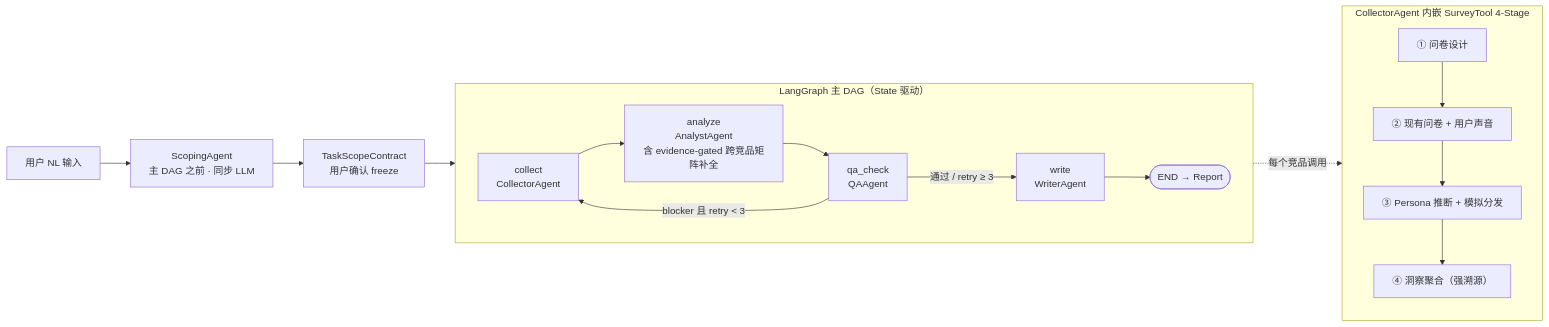
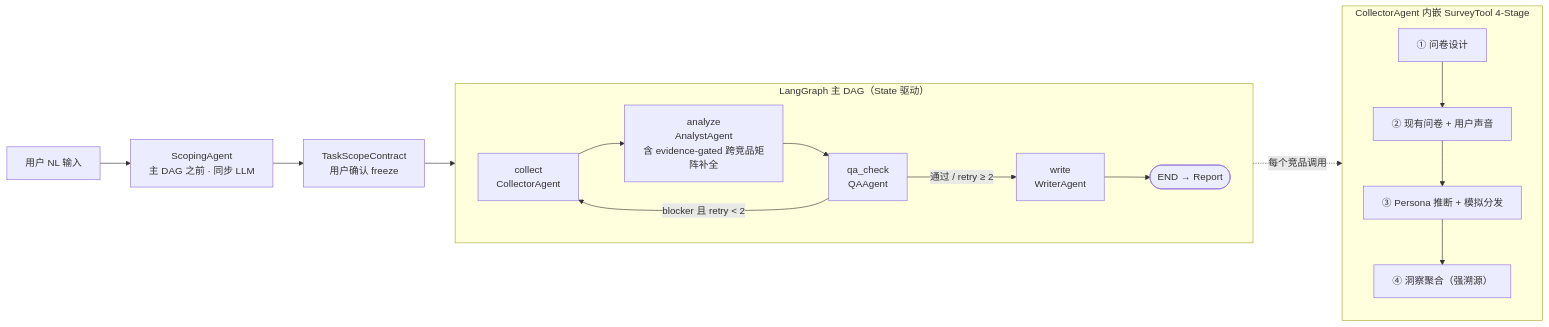
Before and after one commit to XuZiHan-010/competitor_analysis: the second of 2 diagrams in docs/architecture.md, drawn with Mermaid. The commit also changed other lines of this file and 4 other files, not shown here.

First line of the commit message:
docs: sync AGENTS, architecture, PRD and add USER_PREFERENCES

````diff
--- a/docs/architecture.md
+++ b/docs/architecture.md
@@ -81,24 +81,24 @@
 ```mermaid
 flowchart LR
     NL["用户 NL 输入"] --> SCOPE["ScopingAgent<br/>主 DAG 之前 · 同步 LLM"]
     SCOPE --> FREEZE["TaskScopeContract<br/>用户确认 freeze"]
     FREEZE --> COL
 
     subgraph DAG["LangGraph 主 DAG（State 驱动）"]
         direction LR
         COL["collect<br/>CollectorAgent"] --> ANA["analyze<br/>AnalystAgent<br/>含 evidence-gated 跨竞品矩阵补全"]
         ANA --> QA["qa_check<br/>QAAgent"]
-        QA -->|"blocker 且 retry < 3"| COL
-        QA -->|"通过 / retry ≥ 3"| WR["write<br/>WriterAgent"]
+        QA -->|"blocker 且 retry < 2"| COL
+        QA -->|"通过 / retry ≥ 2"| WR["write<br/>WriterAgent"]
         WR --> DONE(["END → Report"])
     end
 
     subgraph SURVEY["CollectorAgent 内嵌 SurveyTool 4-Stage"]
         direction TB
         S1["① 问卷设计"] --> S2["② 现有问卷 + 用户声音"]
         S2 --> S3["③ Persona 推断 + 模拟分发"]
         S3 --> S4["④ 洞察聚合（强溯源）"]
     end
 
     COL -. 每个竞品调用 .-> SURVEY
 ```
````
